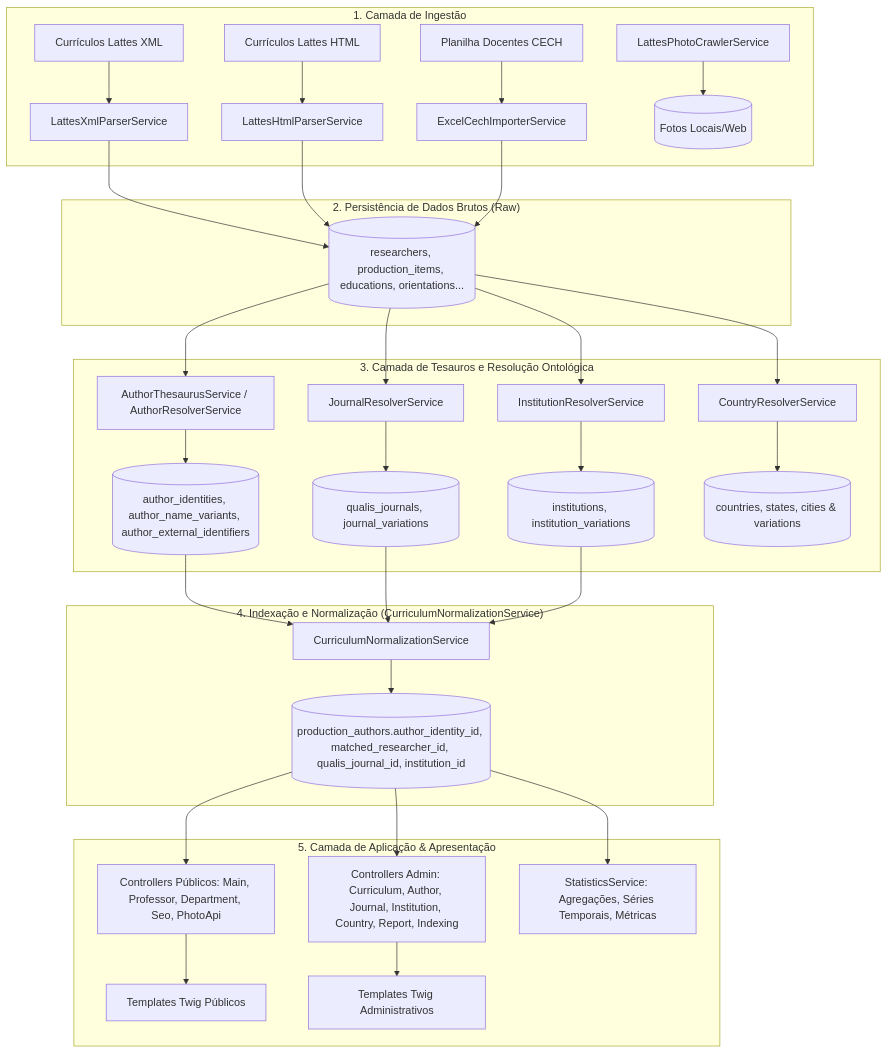
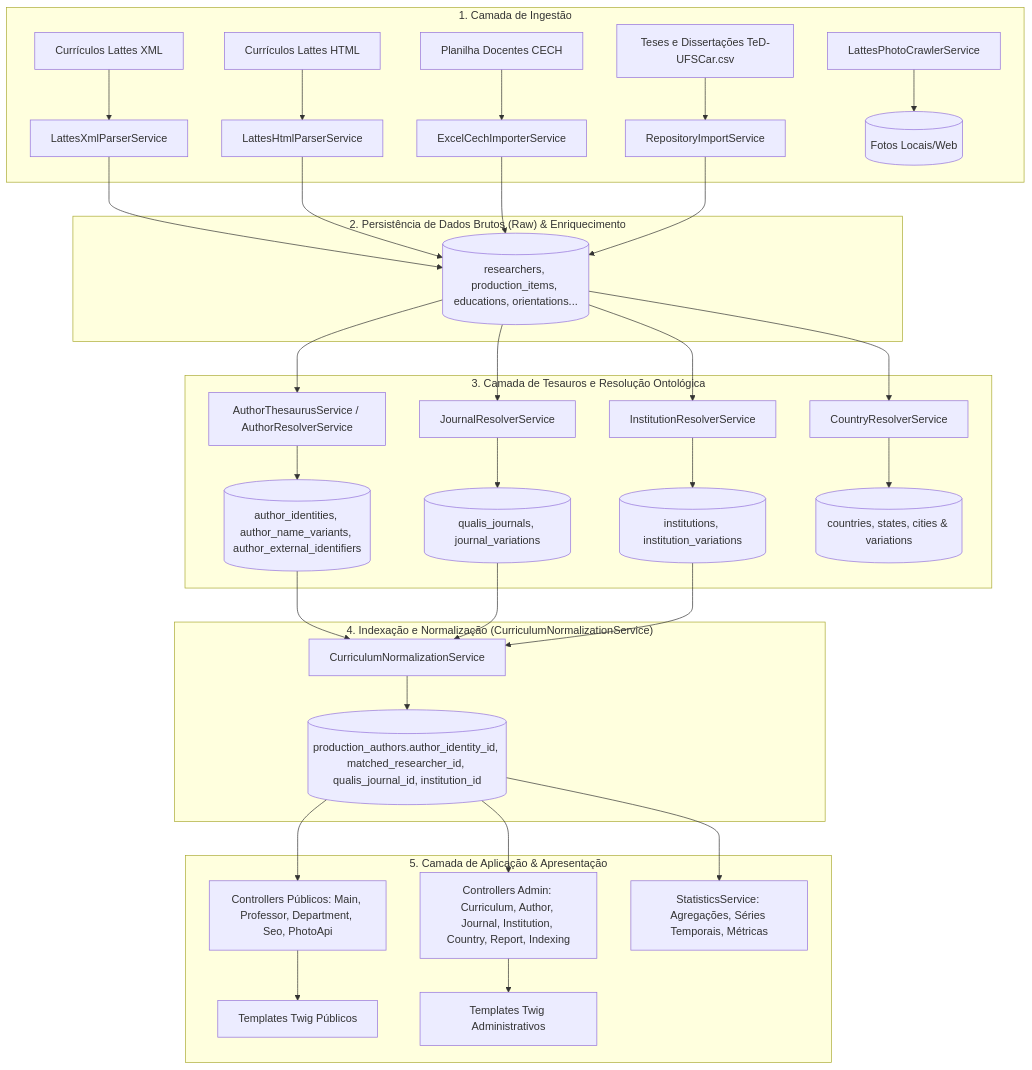
One commit to JonasPoli/ufscar-cech changed the diagram in docs/ARQUITETURA_E_PROCESSOS.md. Above: the diagram before and after it, drawn with Mermaid. The commit also changed other lines of this file and 14 other files, not shown here.

Commit message:
feat: implement repository import service and extend orientation entity with repository metadata fields

````diff
--- a/docs/ARQUITETURA_E_PROCESSOS.md
+++ b/docs/ARQUITETURA_E_PROCESSOS.md
@@ -19,42 +19,44 @@
 ```mermaid
 graph TD
     subgraph Ingestao ["1. Camada de Ingestão"]
         LattesXML[Currículos Lattes XML] --> LattesXmlParser[LattesXmlParserService]
         LattesHTML[Currículos Lattes HTML] --> LattesHtmlParser[LattesHtmlParserService]
         PlanilhaCECH[Planilha Docentes CECH] --> ExcelImporter[ExcelCechImporterService]
+        TeDCSV[Teses e Dissertações TeD-UFSCar.csv] --> RepoImporter[RepositoryImportService]
         LattesPhotoCrawler[LattesPhotoCrawlerService] --> StorageFotos[(Fotos Locais/Web)]
     end
 
-    subgraph PersistenciaRaw ["2. Persistência de Dados Brutos (Raw)"]
+    subgraph PersistenciaRaw ["2. Persistência de Dados Brutos (Raw) & Enriquecimento"]
         LattesXmlParser --> DB_Raw[(researchers, production_items, educations, orientations...)]
         LattesHtmlParser --> DB_Raw
         ExcelImporter --> DB_Raw
+        RepoImporter --> DB_Raw
     end
 
     subgraph Tesauros ["3. Camada de Tesauros e Resolução Ontológica"]
         DB_Raw --> AuthThesaurus[AuthorThesaurusService / AuthorResolverService]
         DB_Raw --> JournalResolver[JournalResolverService]
         DB_Raw --> InstResolver[InstitutionResolverService]
         DB_Raw --> CountryResolver[CountryResolverService]
         
         AuthThesaurus --> DB_Thesaurus[(author_identities, author_name_variants, author_external_identifiers)]
         JournalResolver --> DB_Qualis[(qualis_journals, journal_variations)]
         InstResolver --> DB_Institutions[(institutions, institution_variations)]
         CountryResolver --> DB_Geo[(countries, states, cities & variations)]
     end
 
     subgraph Normalizacao ["4. Indexação e Normalização (CurriculumNormalizationService)"]
         DB_Thesaurus --> NormService[CurriculumNormalizationService]
         DB_Qualis --> NormService
         DB_Institutions --> NormService
         NormService --> DB_Indexed[(production_authors.author_identity_id, matched_researcher_id, qualis_journal_id, institution_id)]
     end
 
     subgraph CamadaAplicacao ["5. Camada de Aplicação & Apresentação"]
         DB_Indexed --> PubControllers[Controllers Públicos: Main, Professor, Department, Seo, PhotoApi]
         DB_Indexed --> AdminControllers[Controllers Admin: Curriculum, Author, Journal, Institution, Country, Report, Indexing]
         DB_Indexed --> StatsService[StatisticsService: Agregações, Séries Temporais, Métricas]
         PubControllers --> TwigPub[Templates Twig Públicos]
         AdminControllers --> TwigAdmin[Templates Twig Administrativos]
     end
 ```
````
